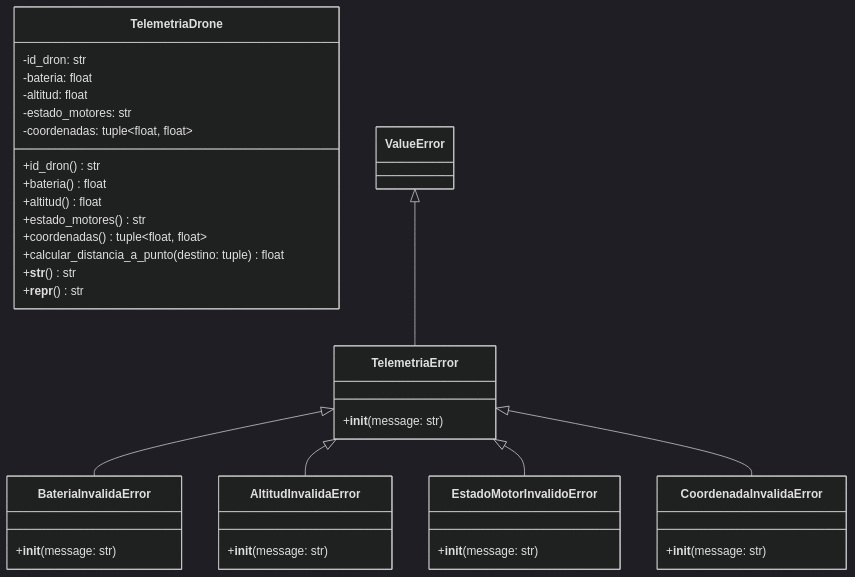
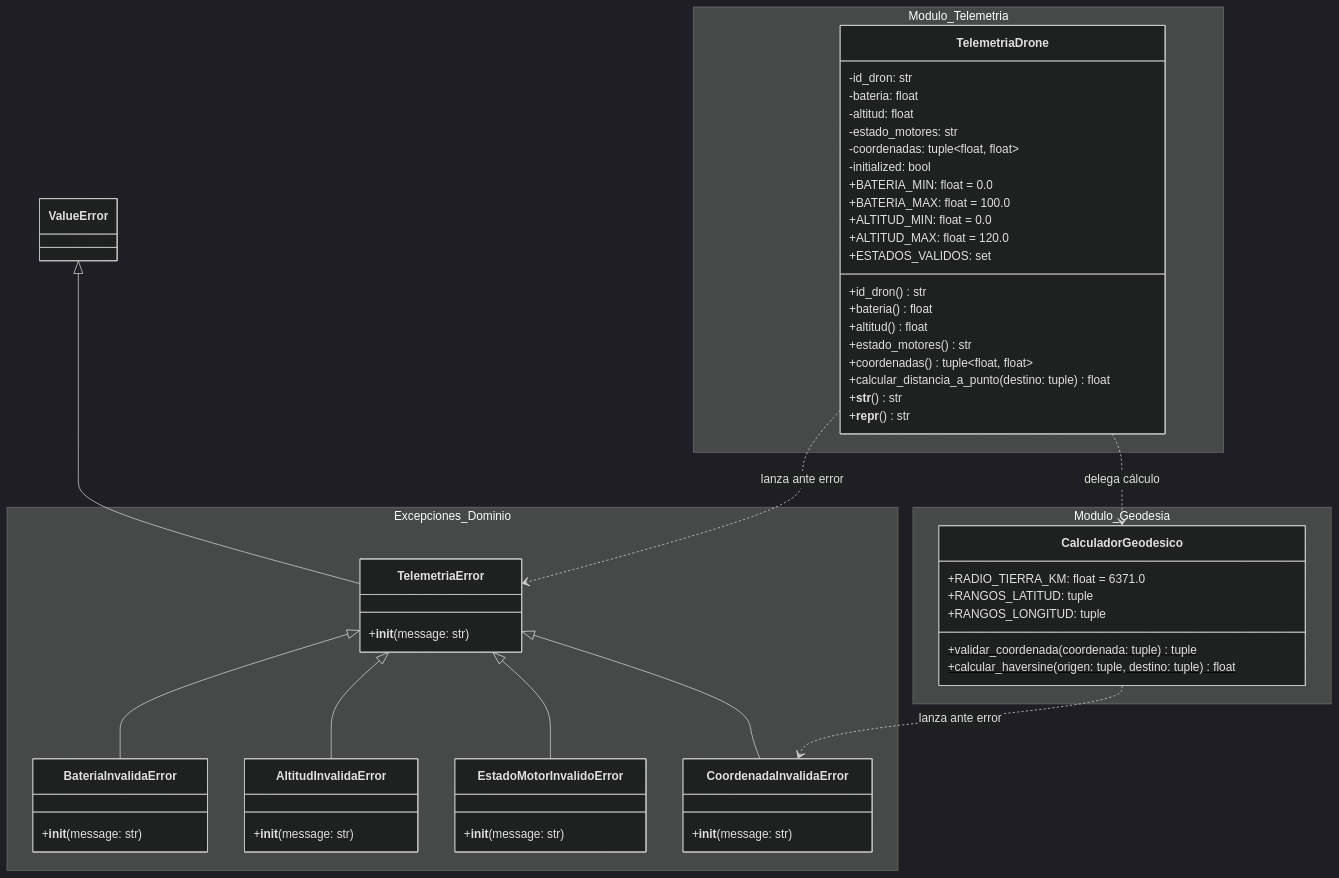
Before and after one commit to juanma120808/SkyRoute-Drones-POO: the diagram in docs/03_modelo_del_mundo_uml.md, drawn with Mermaid (dark theme). The commit also changed other lines of this file and 3 other files, not shown here.

First line of the commit message:
docs(analisis): actualizacion de requisitos, reglas de negocio y UML modular (Entregable 1)

````diff
--- a/docs/03_modelo_del_mundo_uml.md
+++ b/docs/03_modelo_del_mundo_uml.md
@@ -60,44 +59,64 @@
 ```mermaid
 classDiagram
-    class TelemetriaError {
-        +__init__(message: str)
+    namespace Excepciones_Dominio {
+        class TelemetriaError {
+            +__init__(message: str)
+        }
+        class BateriaInvalidaError {
+            +__init__(message: str)
+        }
+        class AltitudInvalidaError {
+            +__init__(message: str)
+        }
+        class EstadoMotorInvalidoError {
+            +__init__(message: str)
+        }
+        class CoordenadaInvalidaError {
+            +__init__(message: str)
+        }
     }
 
-    class BateriaInvalidaError {
-        +__init__(message: str)
+    namespace Modulo_Geodesia {
+        class CalculadorGeodesico {
+            +RADIO_TIERRA_KM: float = 6371.0
+            +RANGOS_LATITUD: tuple
+            +RANGOS_LONGITUD: tuple
+            +validar_coordenada(coordenada: tuple)$ tuple
+            +calcular_haversine(origen: tuple, destino: tuple)$ float
+        }
     }
 
-    class AltitudInvalidaError {
-        +__init__(message: str)
-    }
-
-    class EstadoMotorInvalidoError {
-        +__init__(message: str)
-    }
-
-    class CoordenadaInvalidaError {
-        +__init__(message: str)
-    }
-
-    class TelemetriaDrone {
-        -id_dron: str
-        -bateria: float
-        -altitud: float
-        -estado_motores: str
-        -coordenadas: tuple~float, float~
-        +id_dron() str
-        +bateria() float
-        +altitud() float
-        +estado_motores() str
-        +coordenadas() tuple~float, float~
-        +calcular_distancia_a_punto(destino: tuple) float
-        +__str__() str
-        +__repr__() str
+    namespace Modulo_Telemetria {
+        class TelemetriaDrone {
+            -id_dron: str
+            -bateria: float
+            -altitud: float
+            -estado_motores: str
+            -coordenadas: tuple~float, float~
+            -initialized: bool
+            +BATERIA_MIN: float = 0.0
+            +BATERIA_MAX: float = 100.0
+            +ALTITUD_MIN: float = 0.0
+            +ALTITUD_MAX: float = 120.0
+            +ESTADOS_VALIDOS: set
+            +id_dron() str
+            +bateria() float
+            +altitud() float
+            +estado_motores() str
+            +coordenadas() tuple~float, float~
+            +calcular_distancia_a_punto(destino: tuple) float
+            +__str__() str
+            +__repr__() str
+        }
     }
 
     ValueError <|-- TelemetriaError
     TelemetriaError <|-- BateriaInvalidaError
     TelemetriaError <|-- AltitudInvalidaError
     TelemetriaError <|-- EstadoMotorInvalidoError
     TelemetriaError <|-- CoordenadaInvalidaError
+
+    TelemetriaDrone ..> CalculadorGeodesico : delega cálculo
+    TelemetriaDrone ..> TelemetriaError : lanza ante error
+    CalculadorGeodesico ..> CoordenadaInvalidaError : lanza ante error
 ```
````
